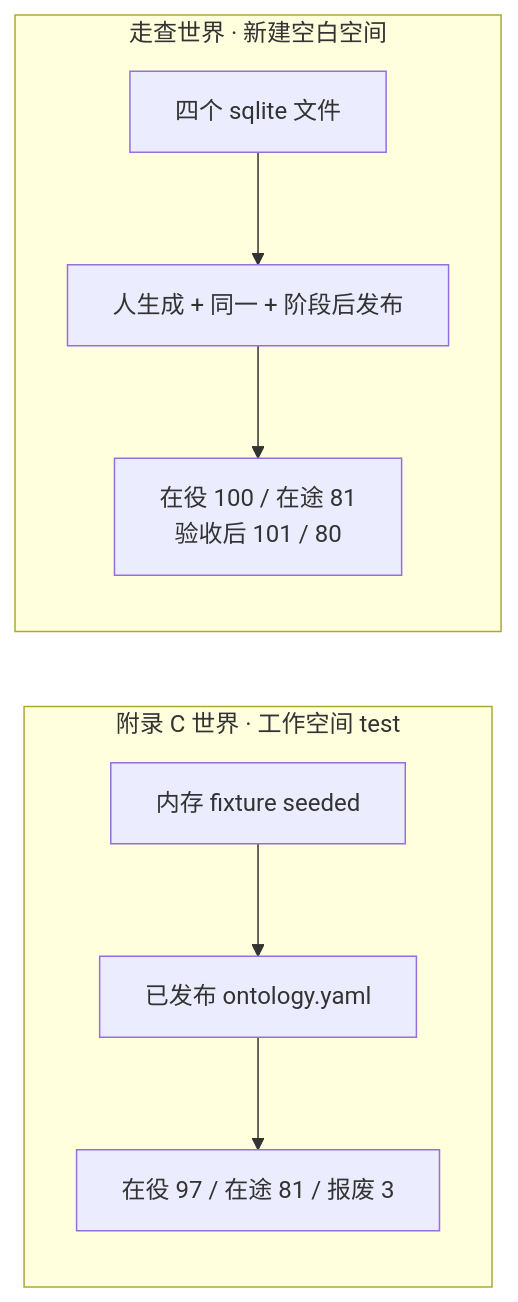
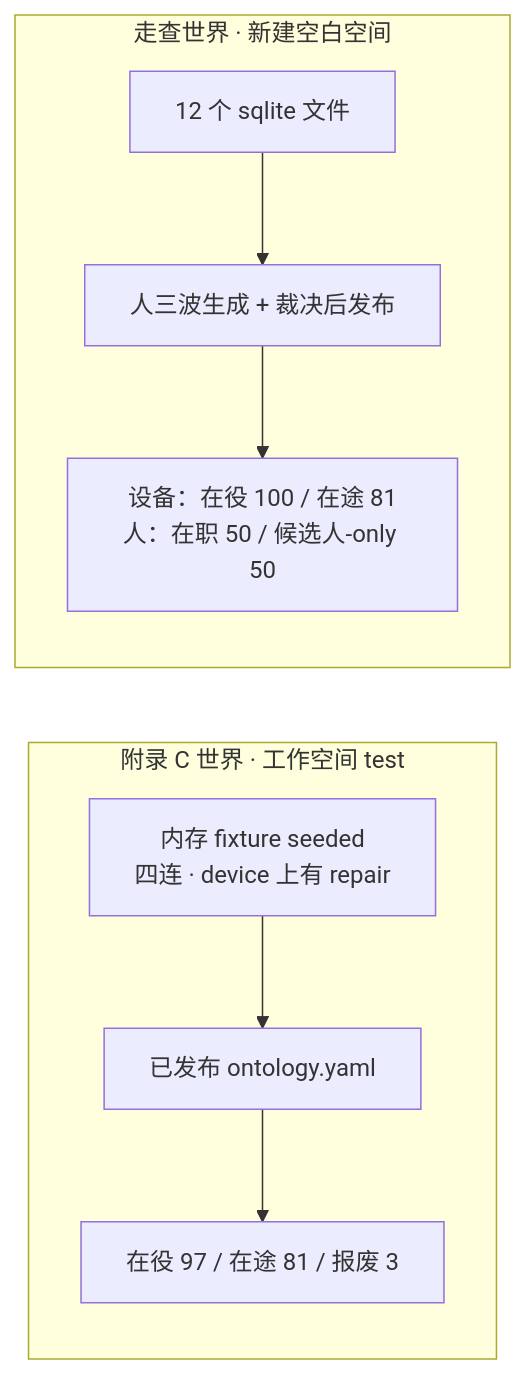
The second of 3 diagrams in docs/真模型端到端测试.md (majiang213/Ontos), drawn with Mermaid before and after one commit. The commit also changed other lines of this file and 19 other files, not shown here.

````diff
--- a/docs/真模型端到端测试.md
+++ b/docs/真模型端到端测试.md
@@ -130,15 +168,15 @@
 ```mermaid
 flowchart LR
   subgraph appendix [附录 C 世界 · 工作空间 test]
-    F1["内存 fixture seeded"]
+    F1["内存 fixture seeded<br/>四连 · device 上有 repair"]
     Y1["已发布 ontology.yaml"]
     N1["在役 97 / 在途 81 / 报废 3"]
     F1 --> Y1 --> N1
   end
   subgraph stage [走查世界 · 新建空白空间]
-    F2["四个 sqlite 文件"]
-    Y2["人生成 + 同一 + 阶段后发布"]
-    N2["在役 100 / 在途 81<br/>验收后 101 / 80"]
+    F2["12 个 sqlite 文件"]
+    Y2["人三波生成 + 裁决后发布"]
+    N2["设备：在役 100 / 在途 81<br/>人：在职 50 / 候选人-only 50"]
     F2 --> Y2 --> N2
   end
 ```
````
